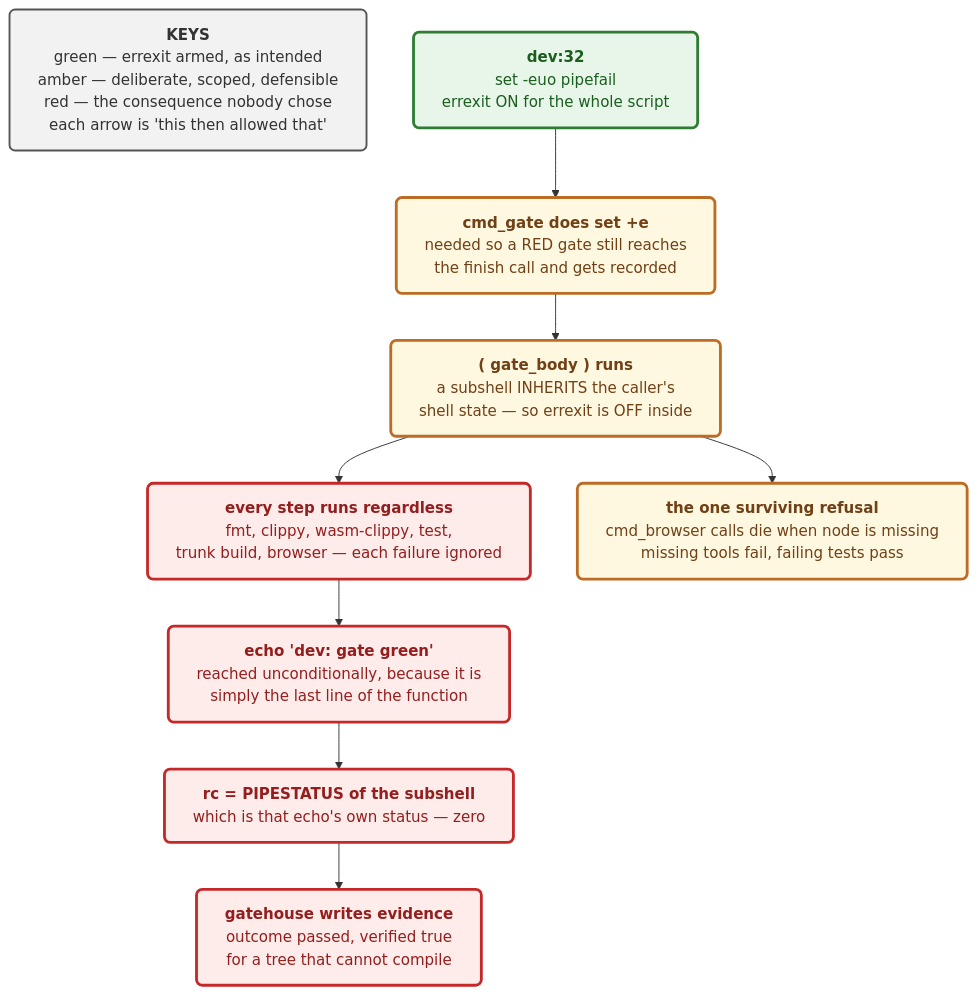
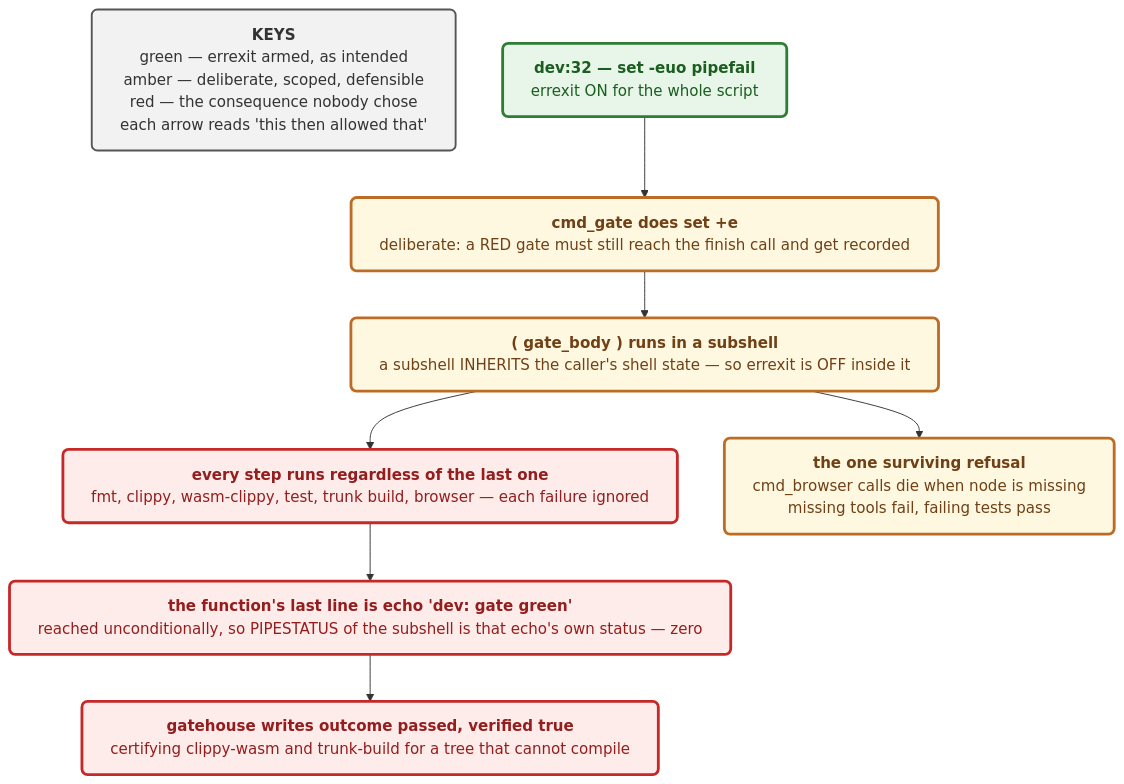
Before and after one commit to tom2025b/git-vista: the diagram in docs/adr/0065-the-gate-must-be-able-to-say-no.md, drawn with Mermaid.

Commit message:
wip(#66): auto-checkpoint 715

````diff
--- a/docs/adr/0065-the-gate-must-be-able-to-say-no.md
+++ b/docs/adr/0065-the-gate-must-be-able-to-say-no.md
@@ -48,38 +48,37 @@
 ```mermaid
 ---
 config:
   flowchart:
-    wrappingWidth: 480
+    wrappingWidth: 900
 ---
 flowchart TD
     KEYS["<b>KEYS</b>
     green — errexit armed, as intended
     amber — deliberate, scoped, defensible
     red — the consequence nobody chose
-    each arrow is 'this then allowed that'"]
+    each arrow reads 'this then allowed that'"]
 
-    L32["<b>dev:32</b><br/>set -euo pipefail<br/>errexit ON for the whole script"]
-    OFF["<b>cmd_gate does set +e</b><br/>needed so a RED gate still reaches<br/>the finish call and gets recorded"]
-    SUB["<b>( gate_body ) runs</b><br/>a subshell INHERITS the caller's<br/>shell state — so errexit is OFF inside"]
+    L32["<b>dev:32 — set -euo pipefail</b><br/>errexit ON for the whole script"]
+    OFF["<b>cmd_gate does set +e</b><br/>deliberate: a RED gate must still reach the finish call and get recorded"]
+    SUB["<b>( gate_body ) runs in a subshell</b><br/>a subshell INHERITS the caller's shell state — so errexit is OFF inside it"]
 
-    RUN["<b>every step runs regardless</b><br/>fmt, clippy, wasm-clippy, test,<br/>trunk build, browser — each failure ignored"]
-    ECHO["<b>echo 'dev: gate green'</b><br/>reached unconditionally, because it is<br/>simply the last line of the function"]
-    RC["<b>rc = PIPESTATUS of the subshell</b><br/>which is that echo's own status — zero"]
+    RUN["<b>every step runs regardless of the last one</b><br/>fmt, clippy, wasm-clippy, test, trunk build, browser — each failure ignored"]
+    ECHO["<b>the function's last line is echo 'dev: gate green'</b><br/>reached unconditionally, so PIPESTATUS of the subshell is that echo's own status — zero"]
+    REC["<b>gatehouse writes outcome passed, verified true</b><br/>certifying clippy-wasm and trunk-build for a tree that cannot compile"]
 
-    REC["<b>gatehouse writes evidence</b><br/>outcome passed, verified true<br/>for a tree that cannot compile"]
     BROWSER["<b>the one surviving refusal</b><br/>cmd_browser calls die when node is missing<br/>missing tools fail, failing tests pass"]
 
     L32 --> OFF --> SUB
-    SUB --> RUN --> ECHO --> RC --> REC
+    SUB --> RUN --> ECHO --> REC
     SUB --> BROWSER
 
     classDef ok fill:#e8f5e9,stroke:#2e7d32,stroke-width:3px,rx:6,ry:6,color:#1b5e20
     classDef mid fill:#fff8e1,stroke:#bc6c25,stroke-width:3px,rx:6,ry:6,color:#704016
     classDef bad fill:#fdecea,stroke:#c62828,stroke-width:3px,rx:6,ry:6,color:#941e1e
     classDef legend fill:#f2f2f2,stroke:#555555,stroke-width:2px,rx:6,ry:6,color:#333333
 
     class L32 ok
     class OFF,SUB,BROWSER mid
-    class RUN,ECHO,RC,REC bad
+    class RUN,ECHO,REC bad
     class KEYS legend
 ```
````
